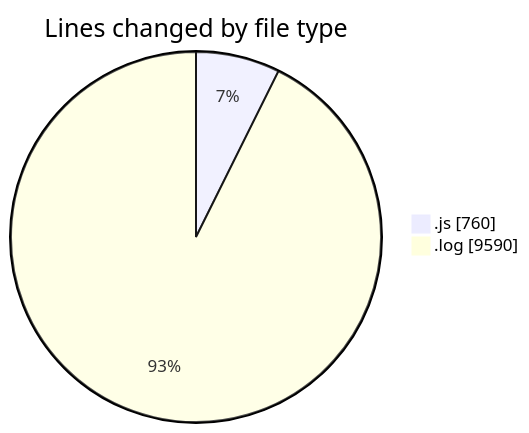
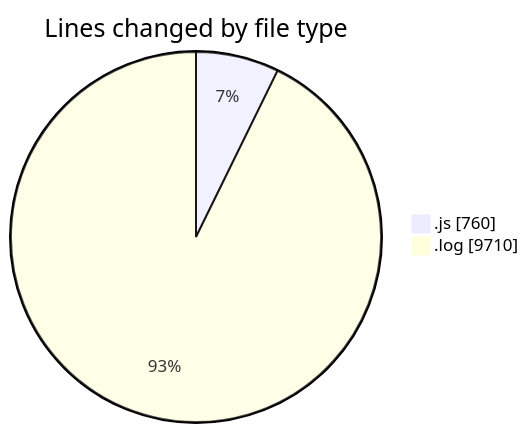
Before and after one commit to BS-eng2023/code-tracking: the first of 2 diagrams in 2025-04-04/jsvms/README.md, drawn with Mermaid. The commit also changed other lines of this file and 1 other file, not shown here.

````diff
--- a/2025-04-04/jsvms/README.md
+++ b/2025-04-04/jsvms/README.md
@@ -28,6 +28,6 @@
 ```mermaid
 pie showData
 title Lines changed by file type
 ".js" : 760
-".log" : 9590
+".log" : 9710
 ```
````
